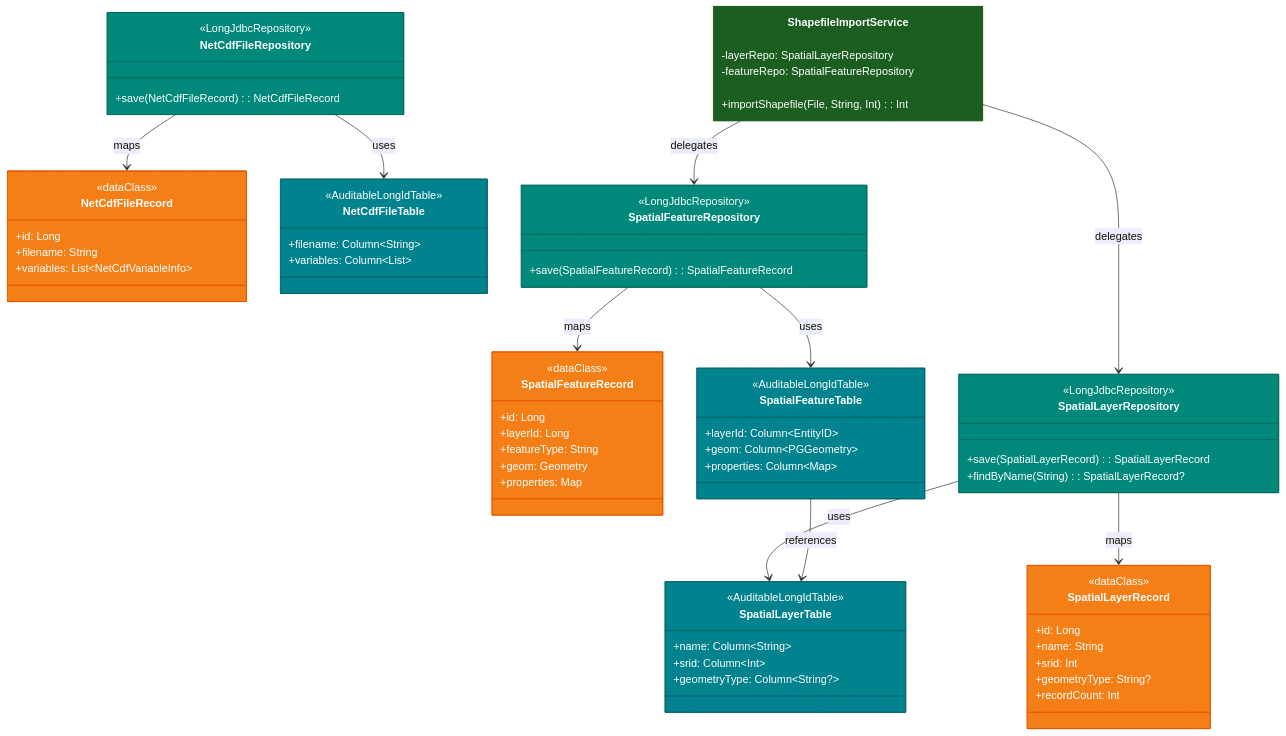
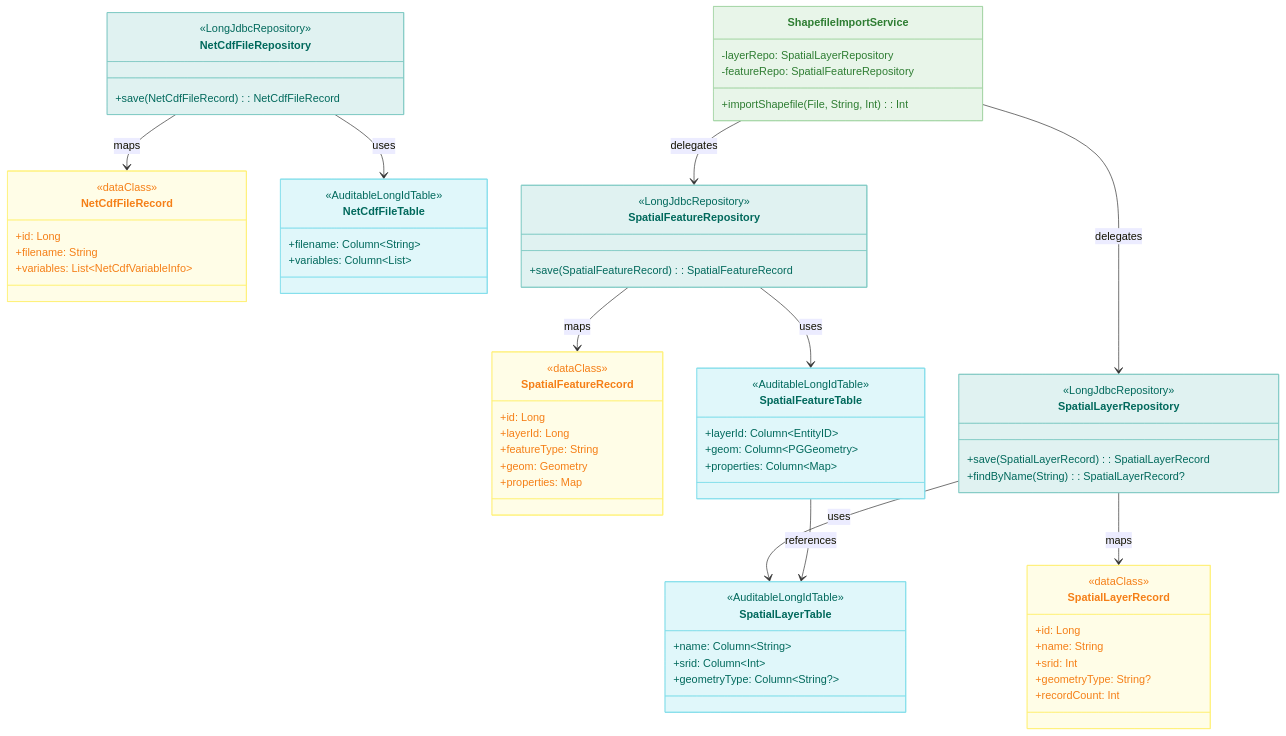
The first of 4 diagrams in utils/science/README.ko.md (bluetape4k/bluetape4k-projects), drawn with Mermaid before and after one commit. The commit also changed 219 other files, not shown here.

First line of the commit message:
docs: 전체 README Mermaid 다이어그램 가이드 적용

````diff
--- a/utils/science/README.ko.md
+++ b/utils/science/README.ko.md
@@ -169,15 +169,15 @@
     ShapefileImportService --> SpatialFeatureRepository : delegates
     SpatialFeatureTable --> SpatialLayerTable : references
 
-    style SpatialLayerRecord fill:#F57F17,stroke:#E65100,color:#FFFFFF
-    style SpatialFeatureRecord fill:#F57F17,stroke:#E65100,color:#FFFFFF
-    style NetCdfFileRecord fill:#F57F17,stroke:#E65100,color:#FFFFFF
-    style SpatialLayerTable fill:#00838F,stroke:#006064,color:#FFFFFF
-    style SpatialFeatureTable fill:#00838F,stroke:#006064,color:#FFFFFF
-    style NetCdfFileTable fill:#00838F,stroke:#006064,color:#FFFFFF
-    style SpatialLayerRepository fill:#00897B,stroke:#00695C,color:#FFFFFF
-    style SpatialFeatureRepository fill:#00897B,stroke:#00695C,color:#FFFFFF
-    style NetCdfFileRepository fill:#00897B,stroke:#00695C,color:#FFFFFF
-    style ShapefileImportService fill:#1B5E20,stroke:#1B5E20,color:#FFFFFF
+    style SpatialLayerRecord fill:#FFFDE7,stroke:#FFF176,color:#F57F17
+    style SpatialFeatureRecord fill:#FFFDE7,stroke:#FFF176,color:#F57F17
+    style NetCdfFileRecord fill:#FFFDE7,stroke:#FFF176,color:#F57F17
+    style SpatialLayerTable fill:#E0F7FA,stroke:#80DEEA,color:#00695C
+    style SpatialFeatureTable fill:#E0F7FA,stroke:#80DEEA,color:#00695C
+    style NetCdfFileTable fill:#E0F7FA,stroke:#80DEEA,color:#00695C
+    style SpatialLayerRepository fill:#E0F2F1,stroke:#80CBC4,color:#00695C
+    style SpatialFeatureRepository fill:#E0F2F1,stroke:#80CBC4,color:#00695C
+    style NetCdfFileRepository fill:#E0F2F1,stroke:#80CBC4,color:#00695C
+    style ShapefileImportService fill:#E8F5E9,stroke:#A5D6A7,color:#2E7D32
 
 ```
````
